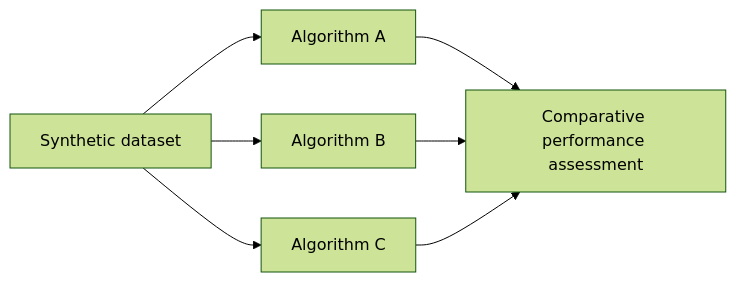
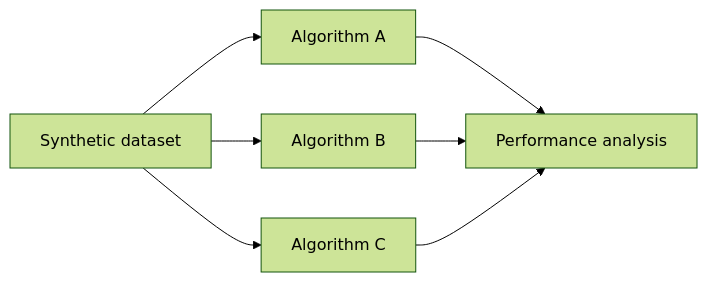
One commit to GustavoRodovalho/SynthDataGen changed the third of 3 diagrams in README.md. Above: the diagram before and after it, drawn with Mermaid (forest theme).

````diff
--- a/README.md
+++ b/README.md
@@ -43,10 +43,10 @@
 ```mermaid
 flowchart LR
     J[Synthetic dataset] --> K1[Algorithm A]
     J --> K2[Algorithm B]
     J --> K3[Algorithm C]
 
-    K1 --> L[Comparative performance assessment]
+    K1 --> L[Performance analysis]
     K2 --> L
     K3 --> L
 ```
````
